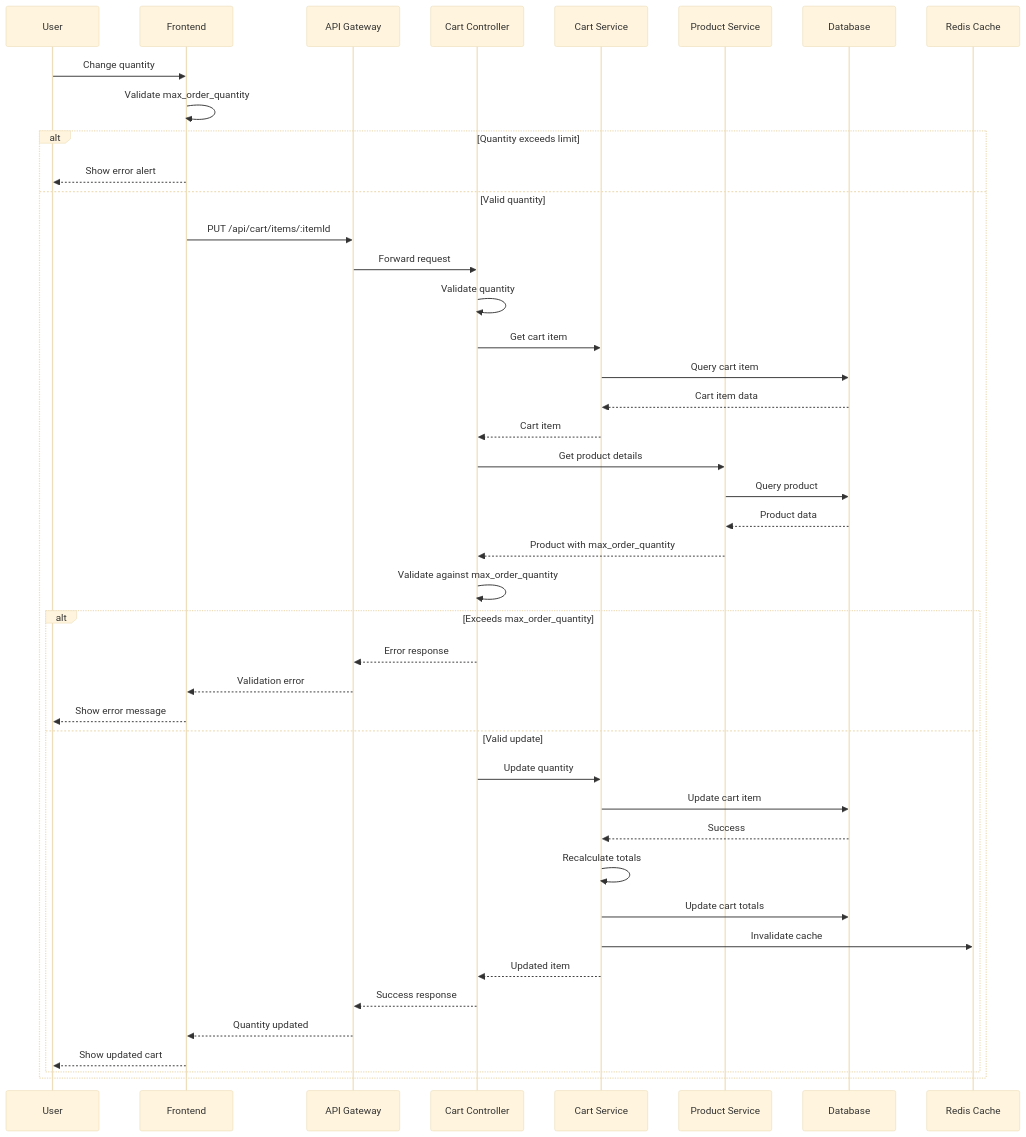
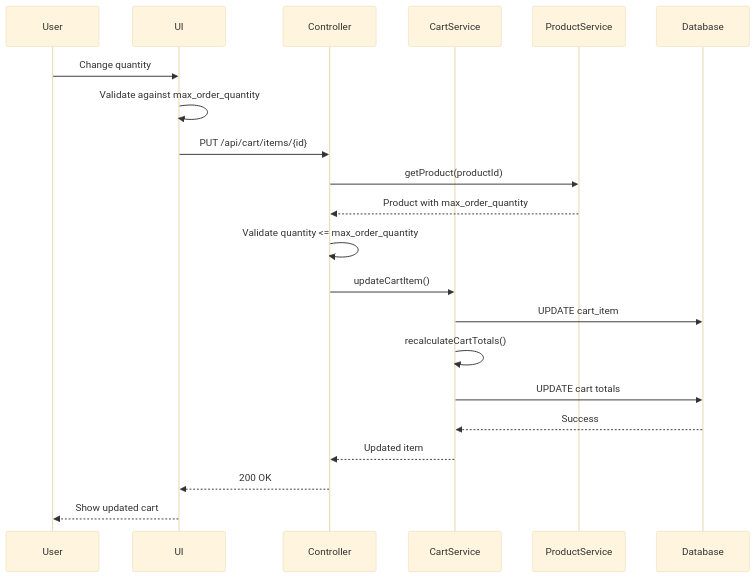
One commit to NavneetBN47/aava-ecom-demo changed the third of 3 diagrams in docs/LLD/lld.md. Above: the diagram before and after it, drawn with Mermaid (base theme). The commit also changed other lines of this file, not shown here.

````diff
--- a/docs/LLD/lld.md
+++ b/docs/LLD/lld.md
@@ -1354,46 +735,24 @@
 ```mermaid
 sequenceDiagram
     participant User
-    participant Frontend
-    participant API Gateway
-    participant Cart Controller
-    participant Cart Service
-    participant Product Service
+    participant UI
+    participant Controller
+    participant CartService
+    participant ProductService
     participant Database
-    participant Redis Cache
     
-    User->>Frontend: Change quantity
-    Frontend->>Frontend: Validate max_order_quantity
-    alt Quantity exceeds limit
-        Frontend-->>User: Show error alert
-    else Valid quantity
-        Frontend->>API Gateway: PUT /api/cart/items/:itemId
-        API Gateway->>Cart Controller: Forward request
-        Cart Controller->>Cart Controller: Validate quantity
-        Cart Controller->>Cart Service: Get cart item
-        Cart Service->>Database: Query cart item
-        Database-->>Cart Service: Cart item data
-        Cart Service-->>Cart Controller: Cart item
-        Cart Controller->>Product Service: Get product details
-        Product Service->>Database: Query product
-        Database-->>Product Service: Product data
-        Product Service-->>Cart Controller: Product with max_order_quantity
-        Cart Controller->>Cart Controller: Validate against max_order_quantity
-        alt Exceeds max_order_quantity
-            Cart Controller-->>API Gateway: Error response
-            API Gateway-->>Frontend: Validation error
-            Frontend-->>User: Show error message
-        else Valid update
-            Cart Controller->>Cart Service: Update quantity
-            Cart Service->>Database: Update cart item
-            Database-->>Cart Service: Success
-            Cart Service->>Cart Service: Recalculate totals
-            Cart Service->>Database: Update cart totals
-            Cart Service->>Redis Cache: Invalidate cache
-            Cart Service-->>Cart Controller: Updated item
-            Cart Controller-->>API Gateway: Success response
-            API Gateway-->>Frontend: Quantity updated
-            Frontend-->>User: Show updated cart
-        end
-    end
+    User->>UI: Change quantity
+    UI->>UI: Validate against max_order_quantity
+    UI->>Controller: PUT /api/cart/items/{id}
+    Controller->>ProductService: getProduct(productId)
+    ProductService-->>Controller: Product with max_order_quantity
+    Controller->>Controller: Validate quantity <= max_order_quantity
+    Controller->>CartService: updateCartItem()
+    CartService->>Database: UPDATE cart_item
+    CartService->>CartService: recalculateCartTotals()
+    CartService->>Database: UPDATE cart totals
+    Database-->>CartService: Success
+    CartService-->>Controller: Updated item
+    Controller-->>UI: 200 OK
+    UI-->>User: Show updated cart
 ```
````
